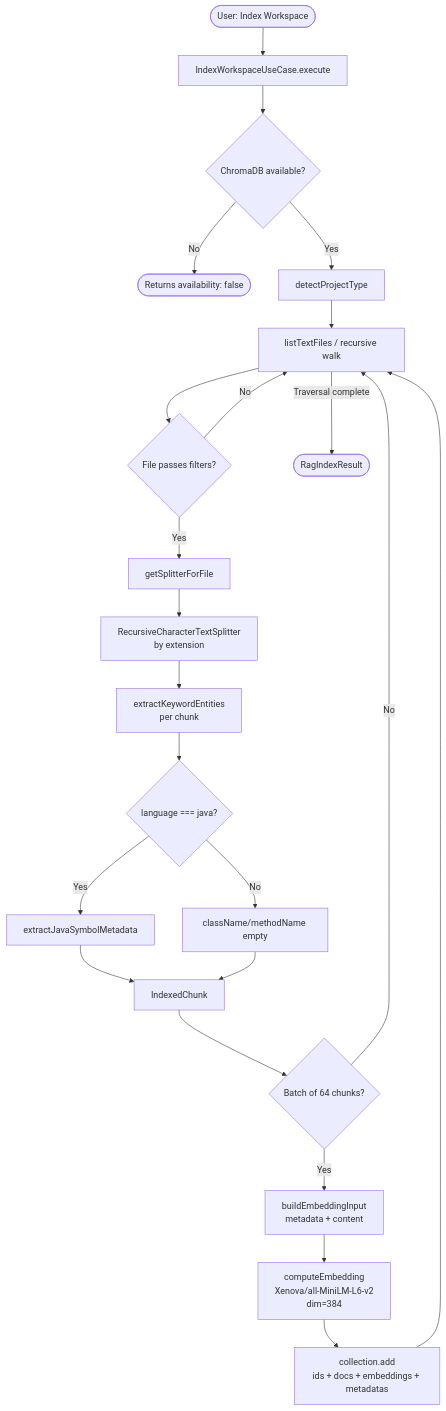
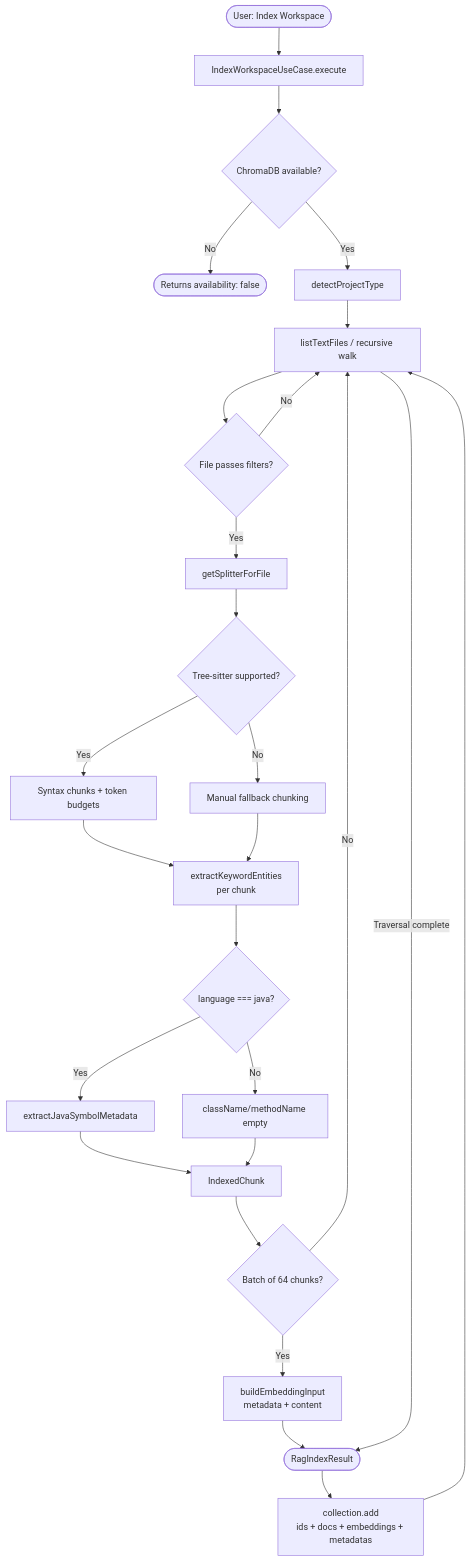
The diagram in INDEXING_PROCESS.md (davaroprojects/llama-chat-assistant), drawn with Mermaid before and after one commit. The commit also changed other lines of this file and 18 other files, not shown here.

````diff
--- a/INDEXING_PROCESS.md
+++ b/INDEXING_PROCESS.md
@@ -300,25 +310,28 @@
 ```mermaid
 flowchart TD
     A([User: Index Workspace]) --> B[IndexWorkspaceUseCase.execute]
     B --> C{ChromaDB available?}
     C -- No --> D([Returns availability: false])
     C -- Yes --> E[detectProjectType]
     E --> F[listTextFiles / recursive walk]
     F --> G{File passes filters?}
     G -- No --> F
     G -- Yes --> H[getSplitterForFile]
-    H --> I[RecursiveCharacterTextSplitter\nby extension]
-    I --> J[extractKeywordEntities\nper chunk]
-    J --> K{language === java?}
-    K -- Yes --> L[extractJavaSymbolMetadata]
-    K -- No --> M[className/methodName empty]
-    L --> N[IndexedChunk]
-    M --> N
-    N --> O{Batch of 64 chunks?}
-    O -- No --> F
-    O -- Yes --> P[buildEmbeddingInput\nmetadata + content]
-    P --> Q[computeEmbedding\nXenova/all-MiniLM-L6-v2\ndim=384]
-    Q --> R[collection.add\nids + docs + embeddings + metadatas]
-    R --> F
+    H --> I{Tree-sitter supported?}
+    I -- Yes --> J[Syntax chunks + token budgets]
+    I -- No --> K[Manual fallback chunking]
+    J --> L[extractKeywordEntities\nper chunk]
+    K --> L
+    L --> M{language === java?}
+    M -- Yes --> N[extractJavaSymbolMetadata]
+    M -- No --> O[className/methodName empty]
+    N --> P[IndexedChunk]
+    O --> P
+    P --> Q{Batch of 64 chunks?}
+    Q -- No --> F
+    Q -- Yes --> R[buildEmbeddingInput\nmetadata + content]
+    R --> S[computeEmbedding\nXenova/all-MiniLM-L6-v2\ndim=384]
+    S --> T[collection.add\nids + docs + embeddings + metadatas]
+    T --> F
     F -- Traversal complete --> S([RagIndexResult])
 ```
````
